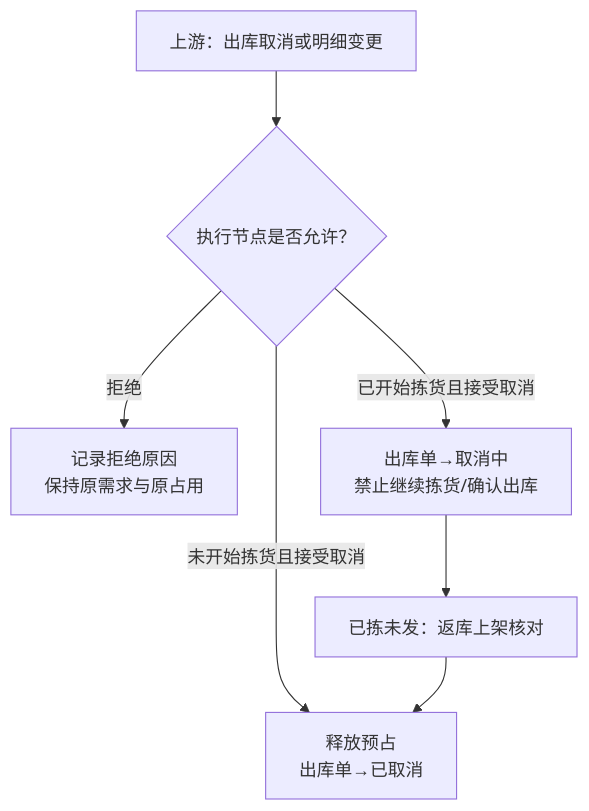
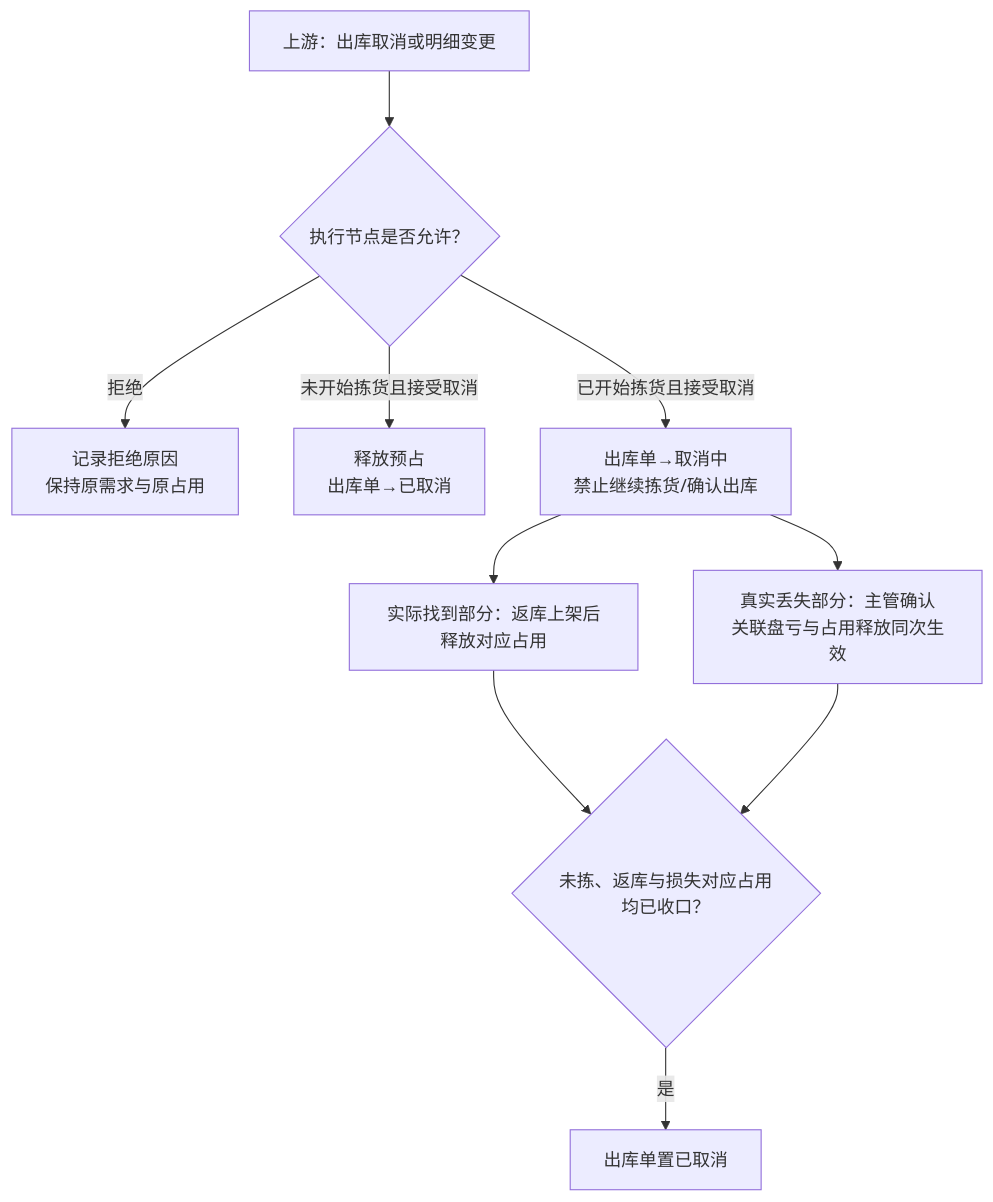
Before and after one commit to TopVitamin/QS-WMS-Project: the fourth of 6 diagrams in 05-应用设计方案/20261002-MVP版本/系统架构设计/01-系统流程与单据交互.md, drawn with Mermaid. The commit also changed other lines of this file and 148 other files, not shown here.

````diff
--- a/05-应用设计方案/20261002-MVP版本/系统架构设计/01-系统流程与单据交互.md
+++ b/05-应用设计方案/20261002-MVP版本/系统架构设计/01-系统流程与单据交互.md
@@ -205,9 +205,12 @@
 ```mermaid
 flowchart TB
     R[上游：出库取消或明细变更] --> V{执行节点是否允许？}
     V -->|拒绝| J[记录拒绝原因<br/>保持原需求与原占用]
     V -->|未开始拣货且接受取消| L[释放预占<br/>出库单→已取消]
     V -->|已开始拣货且接受取消| K[出库单→取消中<br/>禁止继续拣货/确认出库]
-    K --> H[已拣未发：返库上架核对]
-    H --> L
+    K --> H[实际找到部分：返库上架后释放对应占用]
+    K --> X[真实丢失部分：主管确认<br/>关联盘亏与占用释放同次生效]
+    H --> Z{未拣、返库与损失对应占用均已收口？}
+    X --> Z
+    Z -->|是| F[出库单置已取消]
 ```
````
